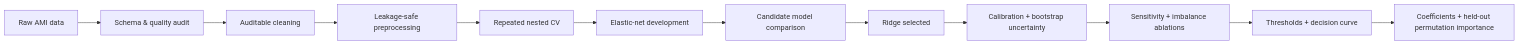
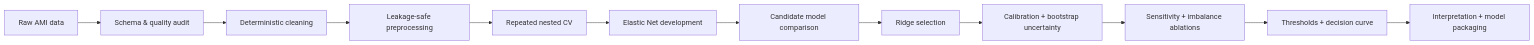
The diagram in README.md (Tanjim-hossain/Prediction-Model-for-30-Day-Mortality-Following-Acute-Myocardial-Infarction), drawn with Mermaid before and after one commit. The commit also changed other lines of this file and 31 other files, not shown here.

````diff
--- a/README.md
+++ b/README.md
@@ -69,14 +64,14 @@
 ```mermaid
 flowchart LR
     A[Raw AMI data] --> B[Schema & quality audit]
-    B --> C[Auditable cleaning]
+    B --> C[Deterministic cleaning]
     C --> D[Leakage-safe preprocessing]
     D --> E[Repeated nested CV]
-    E --> F[Elastic-net development]
+    E --> F[Elastic Net development]
     F --> G[Candidate model comparison]
-    G --> H[Ridge selected]
+    G --> H[Ridge selection]
     H --> I[Calibration + bootstrap uncertainty]
     I --> J[Sensitivity + imbalance ablations]
     J --> K[Thresholds + decision curve]
-    K --> L[Coefficients + held-out permutation importance]
+    K --> L[Interpretation + model packaging]
 ```
````
